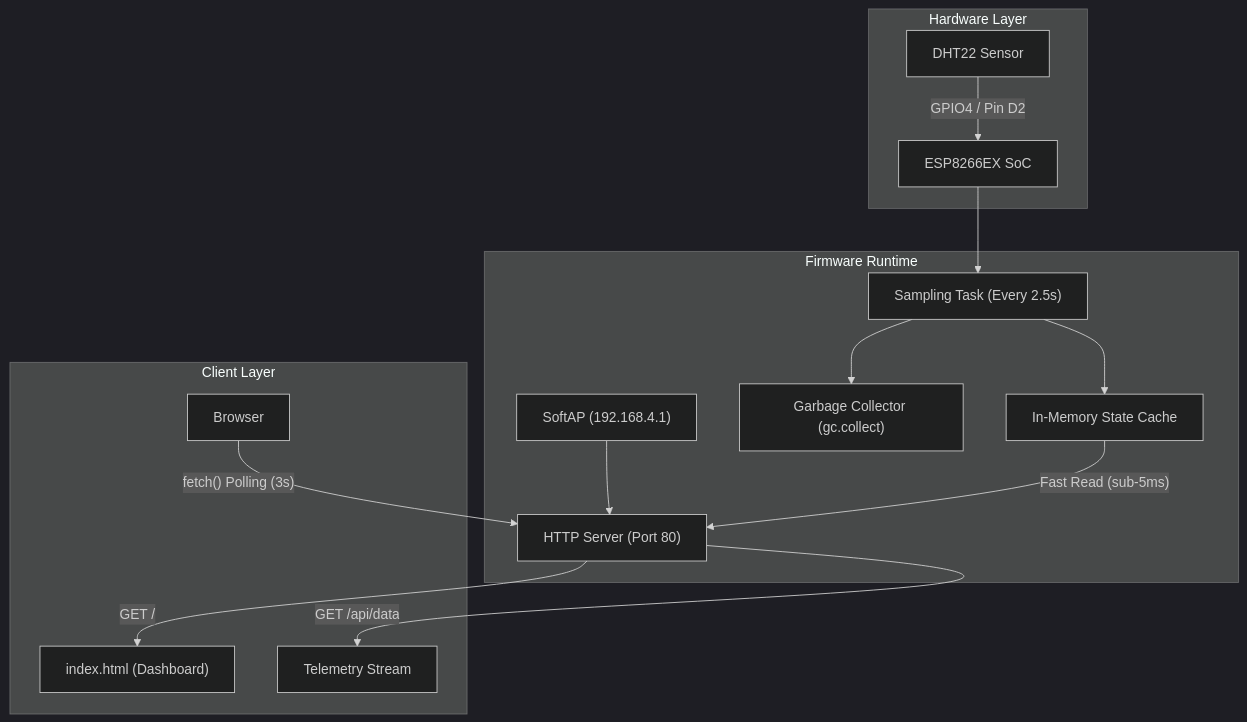
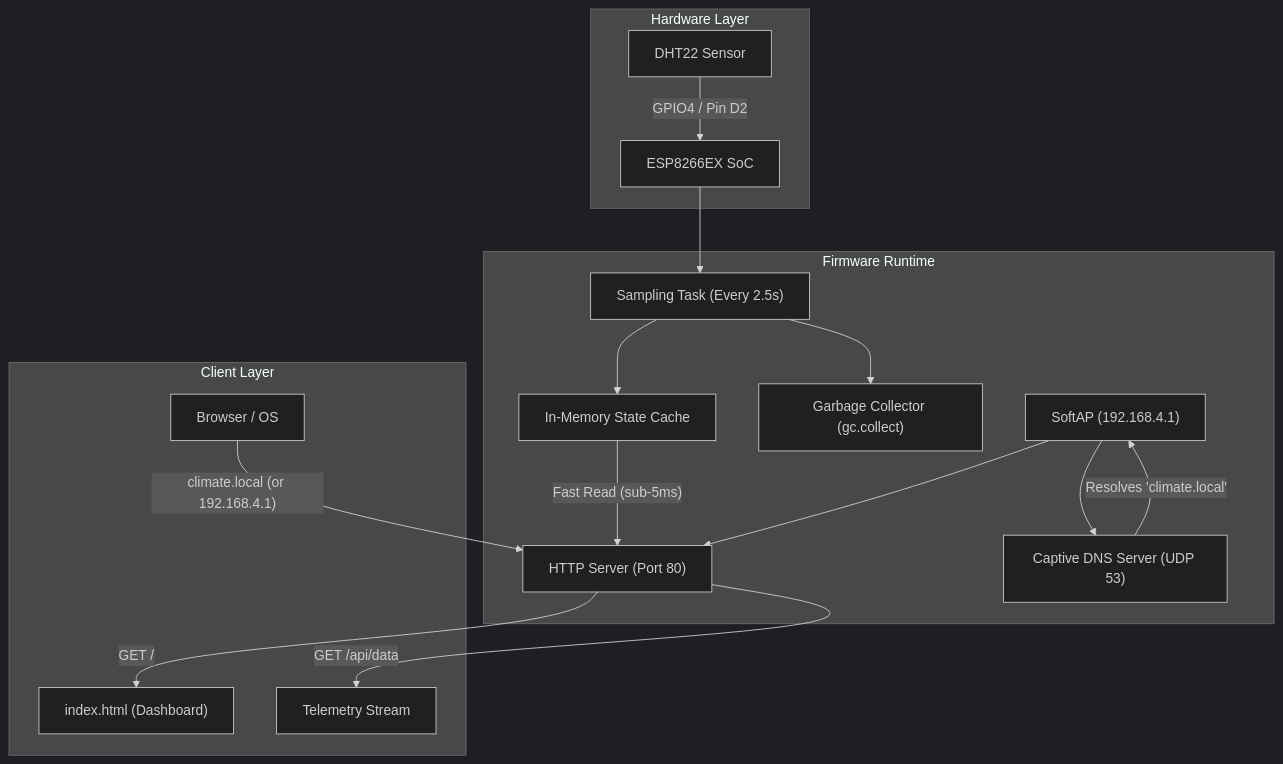
Before and after one commit to sumitrawat2417/esp-climate-node: the second of 2 diagrams in README.md, drawn with Mermaid (dark theme). The commit also changed other lines of this file and 7 other files, not shown here.

Commit message:
feat: add captive DNS server for friendly local domain resolution (climate.local)

````diff
--- a/README.md
+++ b/README.md
@@ -89,21 +91,23 @@
 ```mermaid
 flowchart TD
     subgraph HW["Hardware Layer"]
         DHT["DHT22 Sensor"] -->|"GPIO4 / Pin D2"| MCU["ESP8266EX SoC"]
     end
 
     subgraph FW["Firmware Runtime"]
         MCU --> LOOP["Sampling Task (Every 2.5s)"]
         LOOP --> CACHE["In-Memory State Cache"]
         LOOP --> GC["Garbage Collector (gc.collect)"]
         
         AP["SoftAP (192.168.4.1)"] --> HTTP["HTTP Server (Port 80)"]
+        AP --> DNS["Captive DNS Server (UDP 53)"]
+        DNS -->|"Resolves 'climate.local'"| AP
         CACHE -->|"Fast Read (sub-5ms)"| HTTP
     end
 
     subgraph CL["Client Layer"]
         HTTP -->|"GET /"| UI["index.html (Dashboard)"]
         HTTP -->|"GET /api/data"| JSON["Telemetry Stream"]
-        CLIENT["Browser"] -->|"fetch() Polling (3s)"| HTTP
+        CLIENT["Browser / OS"] -->|"climate.local (or 192.168.4.1)"| HTTP
     end
 ```
````
